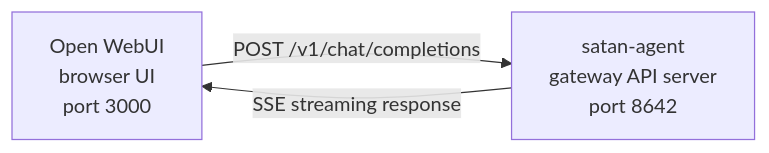
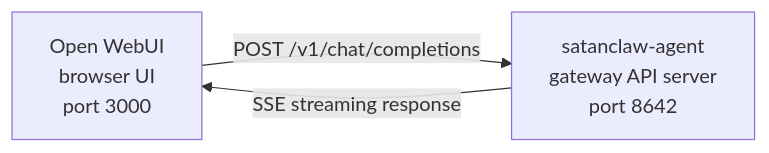
One commit to eskayML/SatanClaw changed the diagram in website/docs/user-guide/messaging/open-webui.md. Above: the diagram before and after it, drawn with Mermaid. The commit also changed other lines of this file and 745 other files, not shown here.

````diff
--- a/website/docs/user-guide/messaging/open-webui.md
+++ b/website/docs/user-guide/messaging/open-webui.md
@@ -13,7 +13,7 @@
 ```mermaid
 flowchart LR
     A["Open WebUI<br/>browser UI<br/>port 3000"]
-    B["satan-agent<br/>gateway API server<br/>port 8642"]
+    B["satanclaw-agent<br/>gateway API server<br/>port 8642"]
     A -->|POST /v1/chat/completions| B
     B -->|SSE streaming response| A
 ```
````
